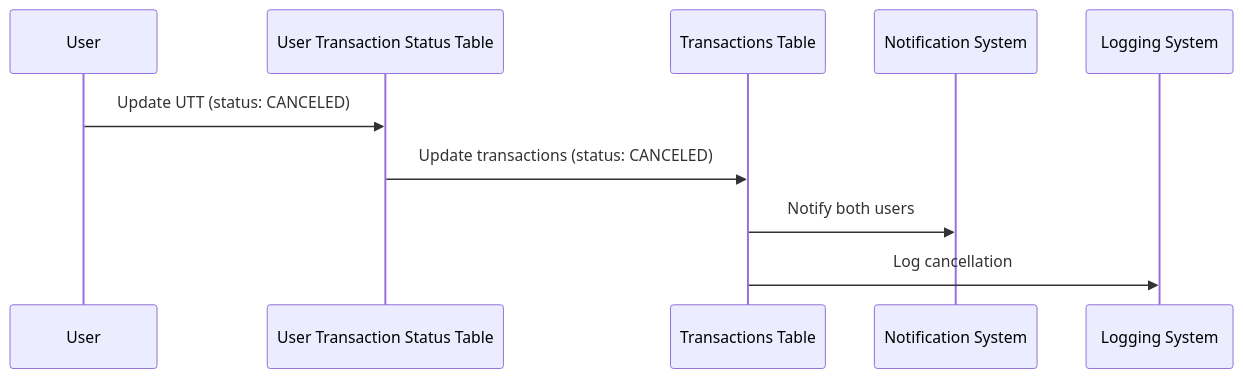
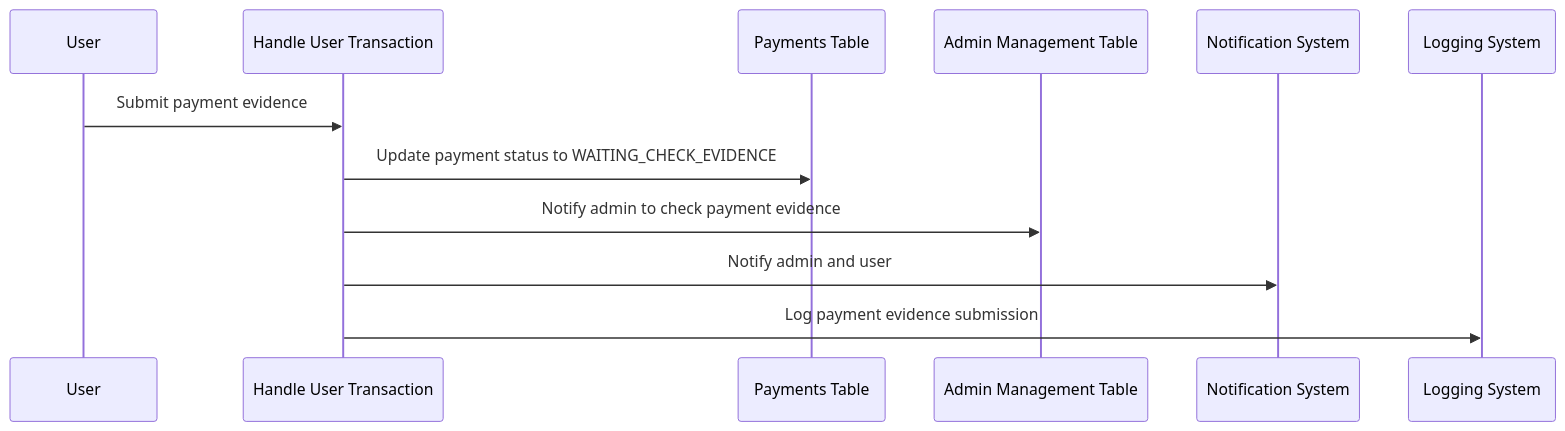
The fourth of 11 diagrams in documents/Exchange.flow.md (Loknong/book-exchange), drawn with Mermaid before and after one commit. The commit also changed other lines of this file, not shown here.

````diff
--- a/documents/Exchange.flow.md
+++ b/documents/Exchange.flow.md
@@ -170,13 +161,15 @@
 ```mermaid
 sequenceDiagram
     participant User
-    participant UserTransactionStatusTable as User Transaction Status Table
-    participant TransactionsTable as Transactions Table
+    participant HandleUserTransaction as Handle User Transaction
+    participant PaymentsTable as Payments Table
+    participant AdminManagementTable as Admin Management Table
     participant NotificationSystem as Notification System
     participant LoggingSystem as Logging System
 
-    User->>UserTransactionStatusTable: Update UTT (status: CANCELED)
-    UserTransactionStatusTable->>TransactionsTable: Update transactions (status: CANCELED)
-    TransactionsTable->>NotificationSystem: Notify both users
-    TransactionsTable->>LoggingSystem: Log cancellation
+    User->>HandleUserTransaction: Submit payment evidence
+    HandleUserTransaction->>PaymentsTable: Update payment status to WAITING_CHECK_EVIDENCE
+    HandleUserTransaction->>AdminManagementTable: Notify admin to check payment evidence
+    HandleUserTransaction->>NotificationSystem: Notify admin and user
+    HandleUserTransaction->>LoggingSystem: Log payment evidence submission
 ```
````
